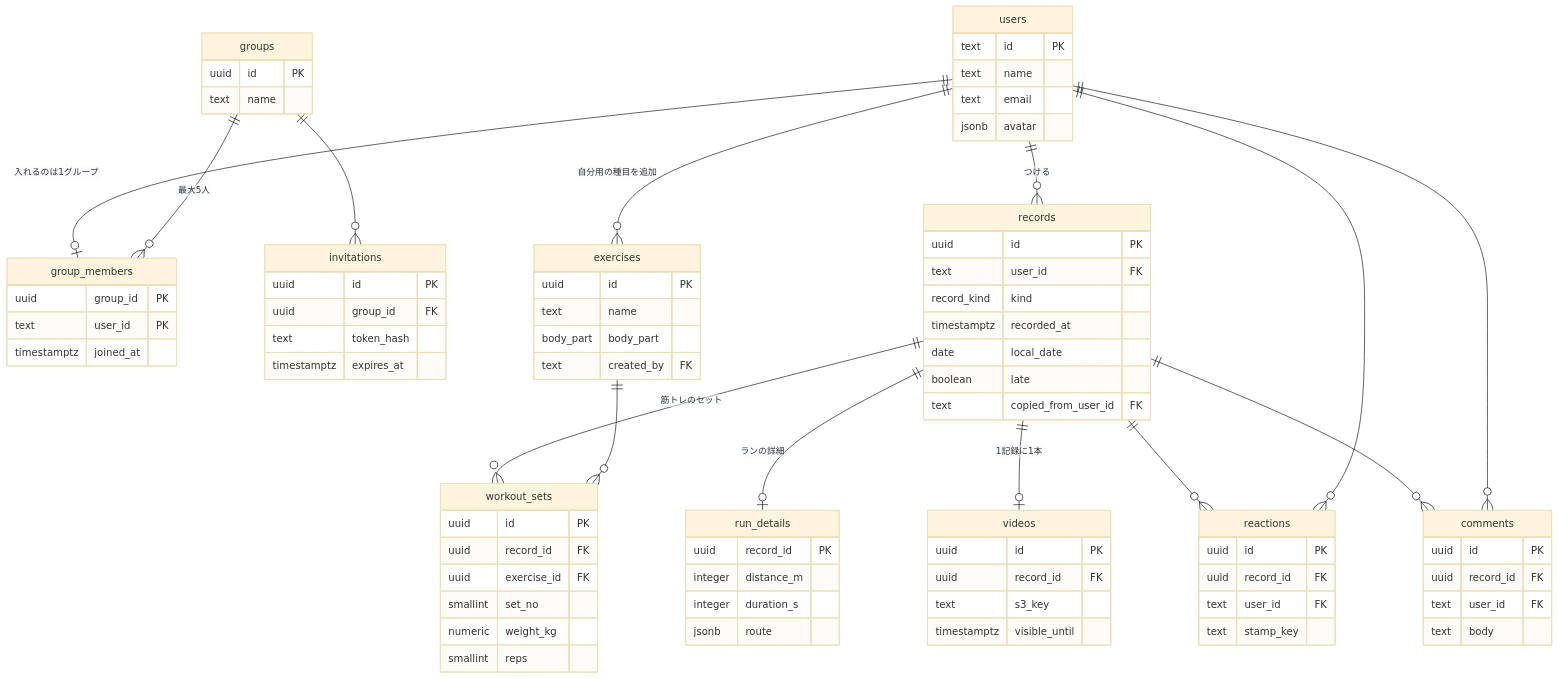
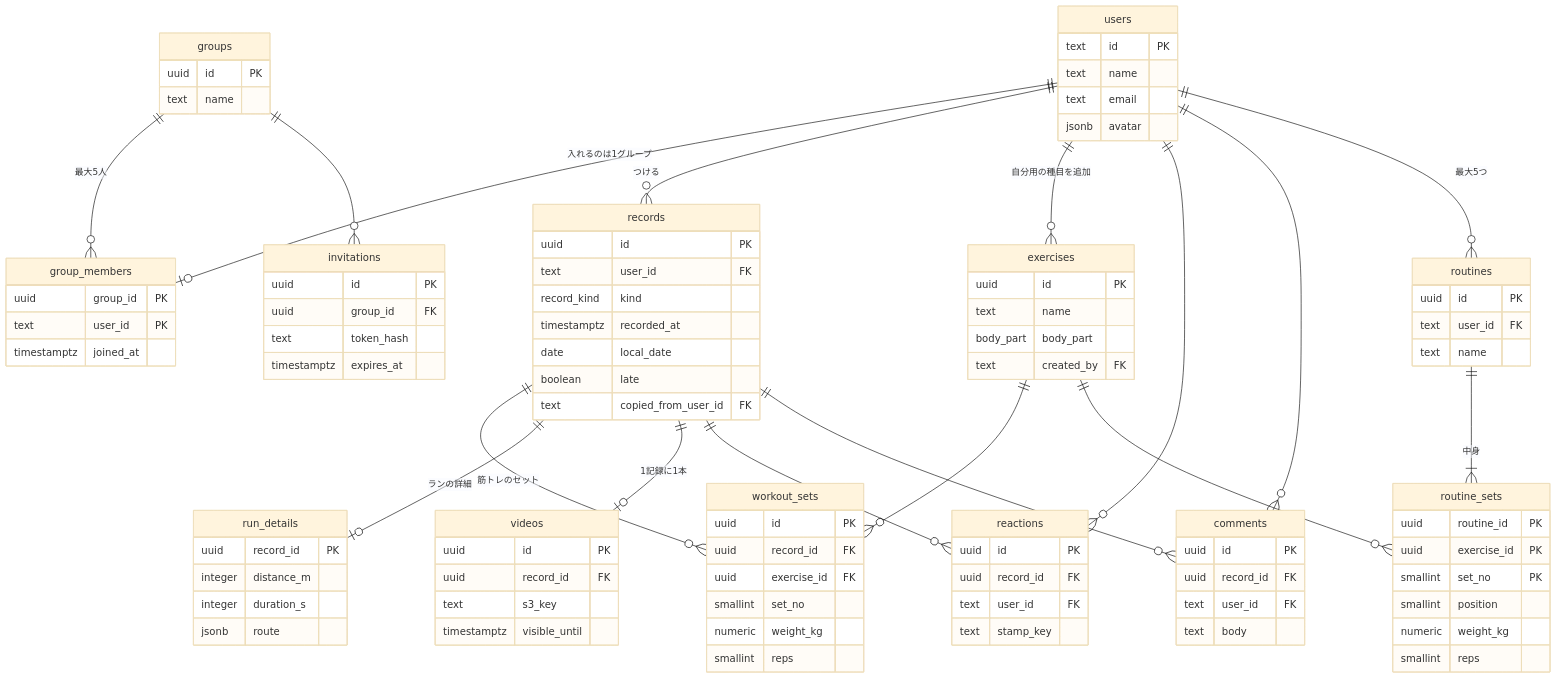
The diagram in docs/database-design.md (yusu31/FitLog), drawn with Mermaid (base theme) before and after one commit. The commit also changed other lines of this file and 31 other files, not shown here.

```diff
--- a/docs/database-design.md
+++ b/docs/database-design.md
@@ -26,6 +26,9 @@
     records ||--o{ comments : ""
     users ||--o{ reactions : ""
     users ||--o{ comments : ""
+    users ||--o{ routines : "最大5つ"
+    routines ||--|{ routine_sets : "中身"
+    exercises ||--o{ routine_sets : ""
 
     users {
         text id PK
@@ -77,6 +80,19 @@
         integer duration_s
         jsonb route
     }
+    routines {
+        uuid id PK
+        text user_id FK
+        text name
+    }
+    routine_sets {
+        uuid routine_id PK
+        uuid exercise_id PK
+        smallint set_no PK
+        smallint position
+        numeric weight_kg
+        smallint reps
+    }
     videos {
         uuid id PK
         uuid record_id FK
```
